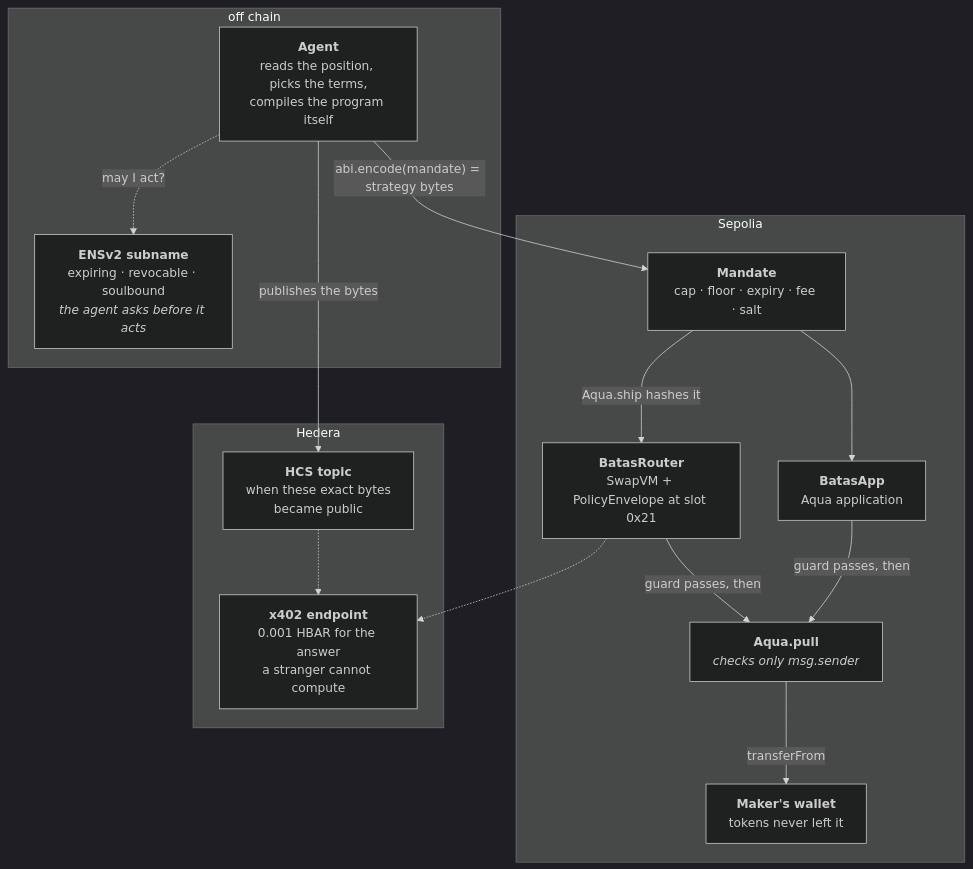
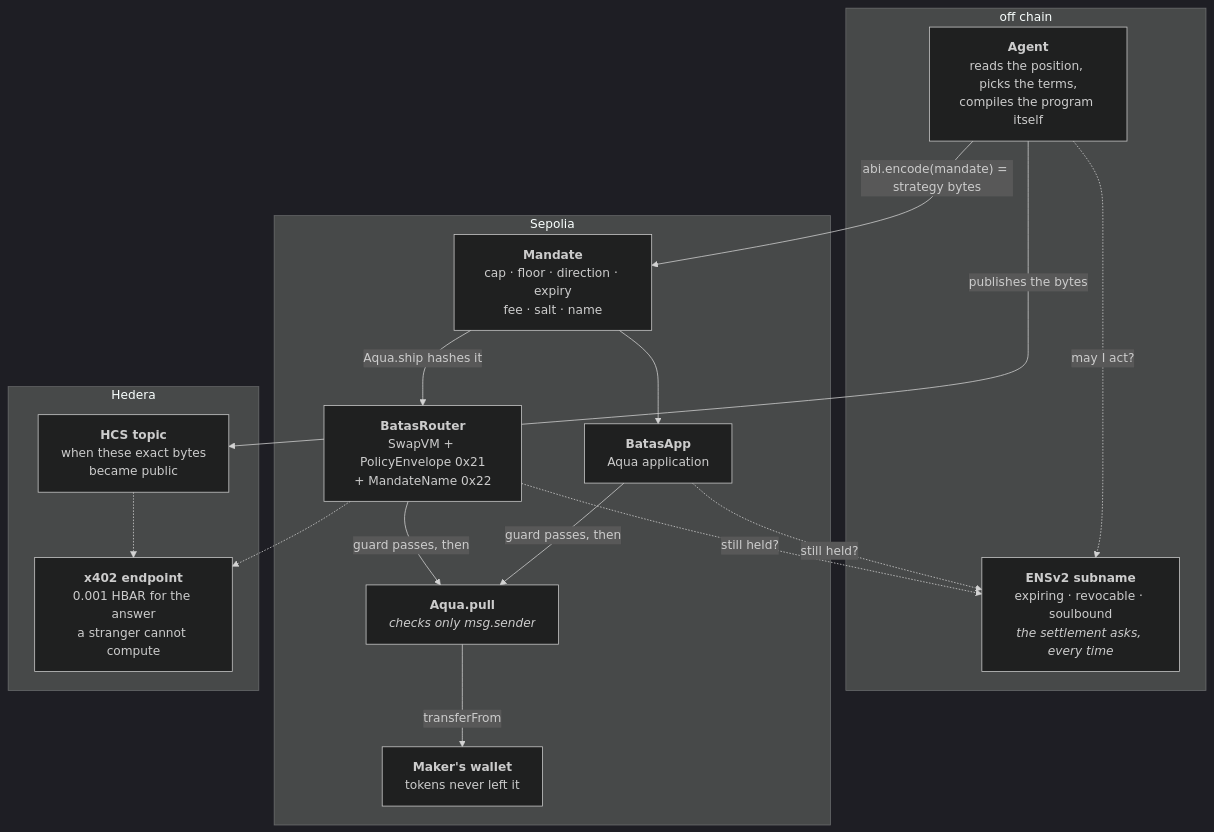
The first of 2 diagrams in README.md (PugarHuda/batas), drawn with Mermaid (dark theme) before and after one commit. The commit also changed other lines of this file and 31 other files, not shown here.

````diff
--- a/README.md
+++ b/README.md
@@ -17,31 +17,33 @@
 ```mermaid
 flowchart TB
     subgraph OFF["off chain"]
         AG["<b>Agent</b><br/>reads the position, picks the terms,<br/>compiles the program itself"]
-        EN["<b>ENSv2 subname</b><br/>expiring · revocable · soulbound<br/><i>the agent asks before it acts</i>"]
+        EN["<b>ENSv2 subname</b><br/>expiring · revocable · soulbound<br/><i>the settlement asks, every time</i>"]
         AG -. "may I act?" .-> EN
     end
 
     subgraph SEP["Sepolia"]
-        MD["<b>Mandate</b><br/>cap · floor · expiry · fee · salt"]
-        RT["<b>BatasRouter</b><br/>SwapVM + PolicyEnvelope at slot 0x21"]
+        MD["<b>Mandate</b><br/>cap · floor · direction · expiry<br/>fee · salt · name"]
+        RT["<b>BatasRouter</b><br/>SwapVM + PolicyEnvelope 0x21<br/>+ MandateName 0x22"]
         AP["<b>BatasApp</b><br/>Aqua application"]
         AQ["<b>Aqua.pull</b><br/><i>checks only msg.sender</i>"]
         WL["<b>Maker's wallet</b><br/>tokens never left it"]
     end
 
     subgraph HED["Hedera"]
         HC["<b>HCS topic</b><br/>when these exact bytes<br/>became public"]
         XP["<b>x402 endpoint</b><br/>0.001 HBAR for the answer<br/>a stranger cannot compute"]
     end
 
     AG -- "abi.encode(mandate) = strategy bytes" --> MD
     MD -- "Aqua.ship hashes it" --> RT
     MD --> AP
     AG -- "publishes the bytes" --> HC
+    RT -. "still held?" .-> EN
+    AP -. "still held?" .-> EN
     RT -- "guard passes, then" --> AQ
     AP -- "guard passes, then" --> AQ
     AQ -- "transferFrom" --> WL
     HC -.-> XP
     RT -.-> XP
 ```
````
